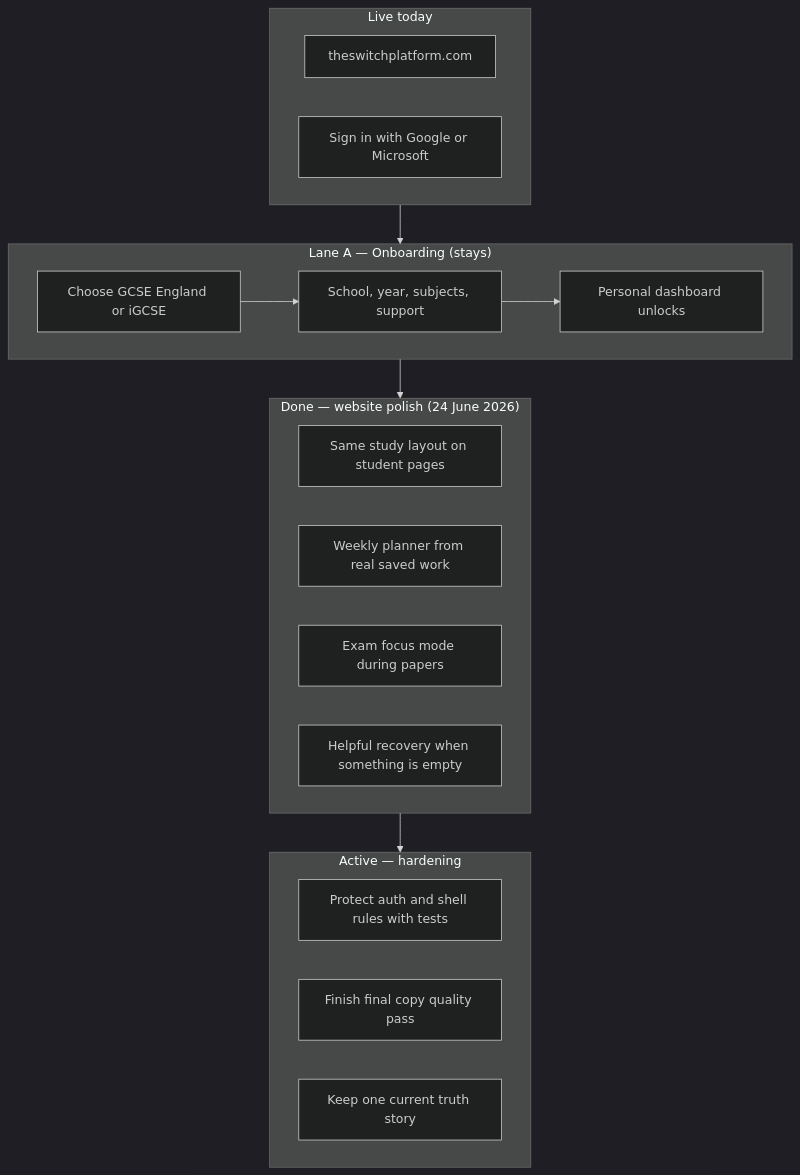
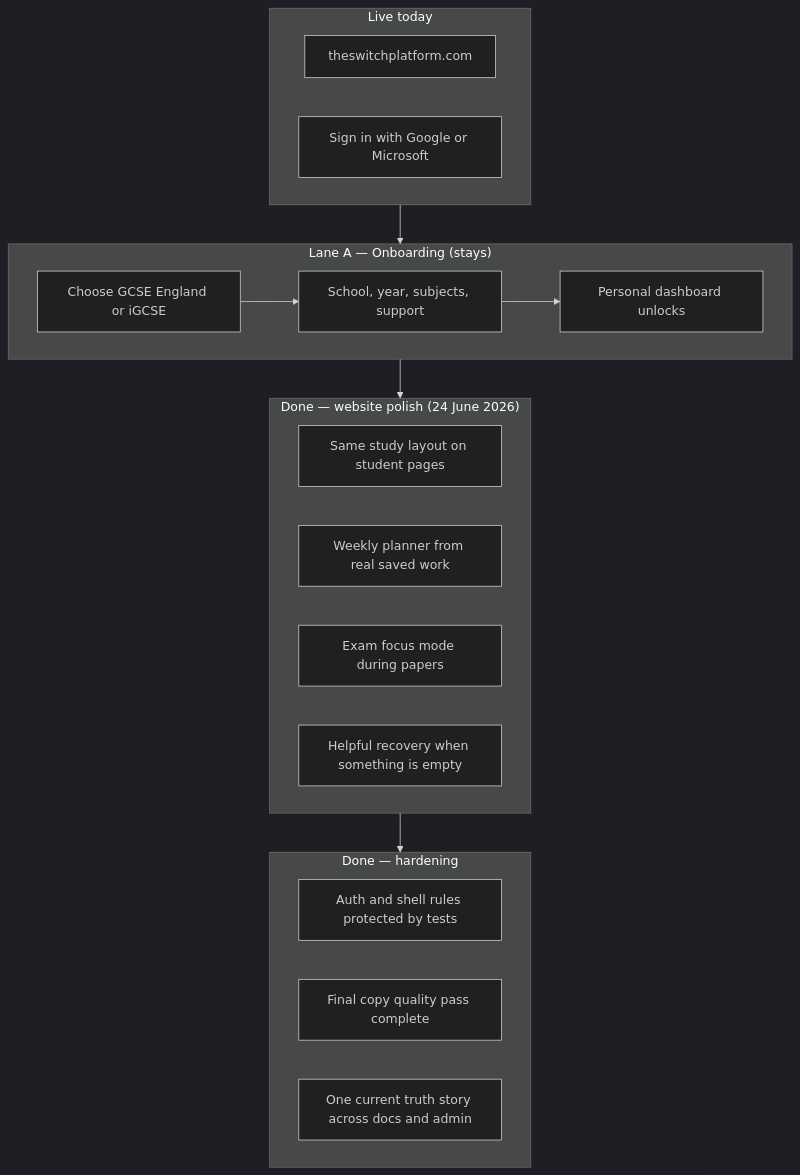
The first of 49 diagrams in README.md (tech-fresh/the-switch-platform), drawn with Mermaid (dark theme) before and after one commit. The commit also changed other lines of this file and 10 other files, not shown here.

Commit message:
Close Priority D content quality pass

````diff
--- a/README.md
+++ b/README.md
@@ -50,27 +50,27 @@
 ```mermaid
 flowchart TD
   subgraph live["Live today"]
     L1["theswitchplatform.com"]
     L2["Sign in with Google or Microsoft"]
   end
   subgraph laneA["Lane A — Onboarding (stays)"]
     A1["Choose GCSE England or iGCSE"]
     A2["School, year, subjects, support"]
     A3["Personal dashboard unlocks"]
     A1 --> A2 --> A3
   end
   subgraph doneC["Done — website polish (24 June 2026)"]
     C1["Same study layout on student pages"]
     C2["Weekly planner from real saved work"]
     C3["Exam focus mode during papers"]
     C4["Helpful recovery when something is empty"]
   end
-  subgraph activeD["Active — hardening"]
-    P1["Protect auth and shell rules with tests"]
-    P2["Finish final copy quality pass"]
-    P3["Keep one current truth story"]
+  subgraph doneD["Done — hardening"]
+    P1["Auth and shell rules protected by tests"]
+    P2["Final copy quality pass complete"]
+    P3["One current truth story across docs and admin"]
   end
   live --> laneA
   laneA --> doneC
-  doneC --> activeD
+  doneC --> doneD
 ```
````
